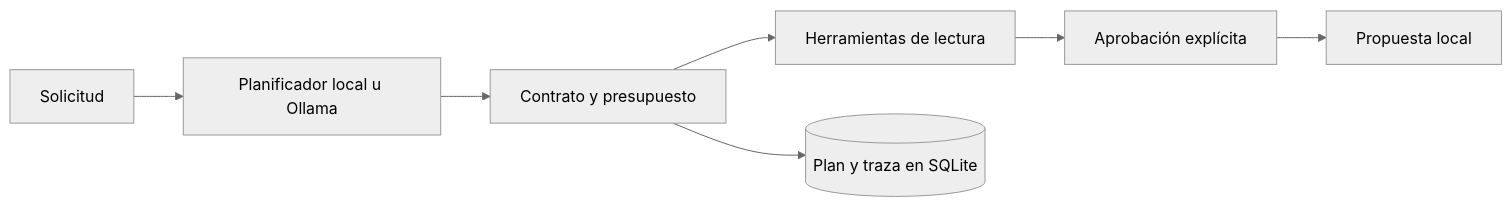
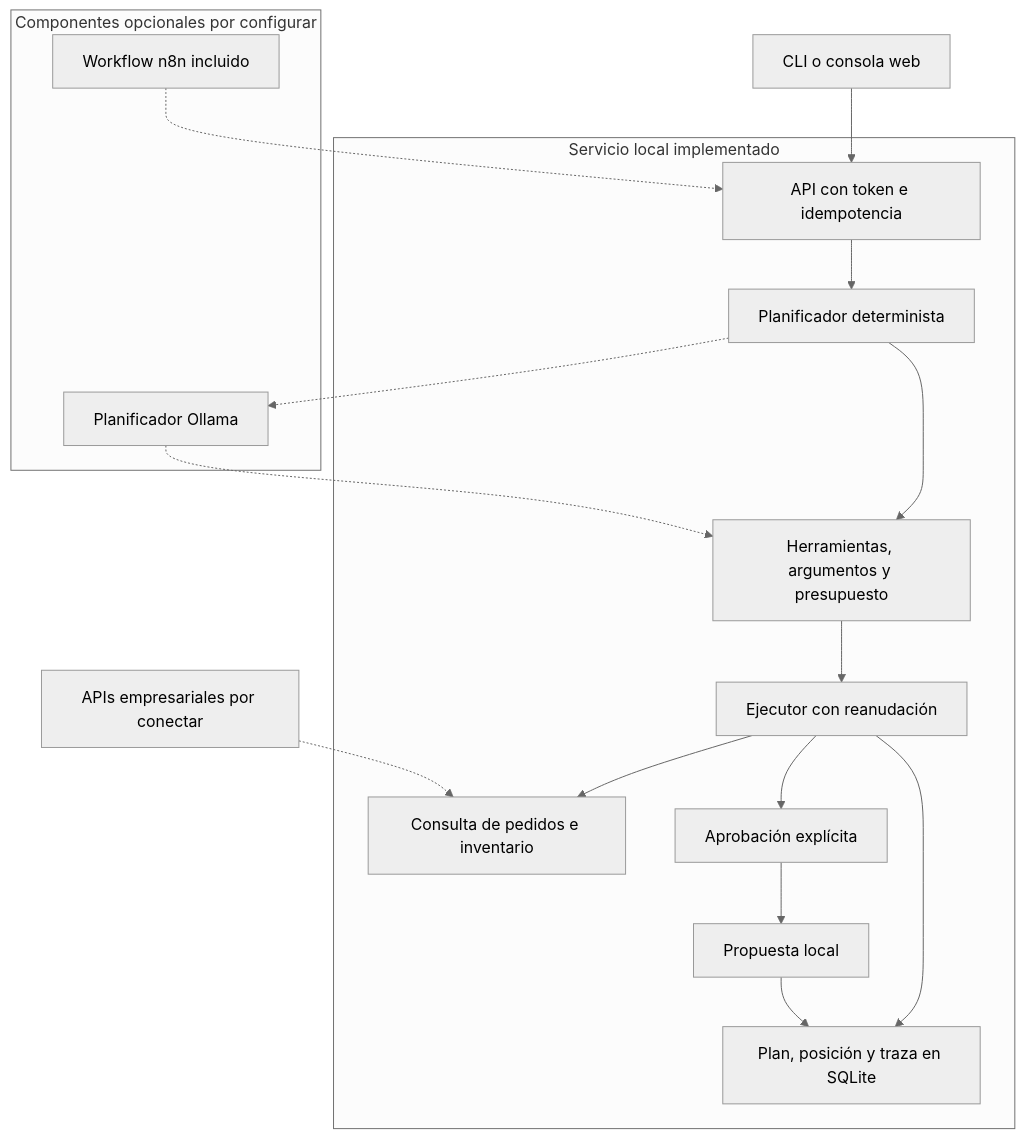
The diagram in docs/architecture.md (jorgefprietol/workflow-agent), drawn with Mermaid (neutral theme) before and after one commit. The commit also changed other lines of this file and 10 other files, not shown here.

Commit message:
Document architecture and workflows with validated SVG exports

````diff
--- a/docs/architecture.md
+++ b/docs/architecture.md
@@ -3,9 +13,22 @@
 ```mermaid
-flowchart LR
-  Request[Solicitud] --> Planner[Planificador local u Ollama]
-  Planner --> Policy[Contrato y presupuesto]
-  Policy --> Reads[Herramientas de lectura]
-  Reads --> Approval[Aprobación explícita]
-  Approval --> Draft[Propuesta local]
-  Policy --> State[(Plan y traza en SQLite)]
+flowchart TB
+    Client["CLI o consola web"] --> API["API con token e idempotencia"]
+    subgraph Local["Servicio local implementado"]
+        API --> Planner["Planificador determinista"]
+        Planner --> Contract["Herramientas, argumentos y presupuesto"]
+        Contract --> Executor["Ejecutor con reanudación"]
+        Executor --> Reads["Consulta de pedidos e inventario"]
+        Executor --> Approval["Aprobación explícita"]
+        Approval --> Draft["Propuesta local"]
+        Executor --> DB["Plan, posición y traza en SQLite"]
+        Draft --> DB
+    end
+    subgraph Optional["Componentes opcionales por configurar"]
+        N8N["Workflow n8n incluido"]
+        Model["Planificador Ollama"]
+    end
+    N8N -.-> API
+    Planner -.-> Model
+    Model -.-> Contract
+    External["APIs empresariales por conectar"] -.-> Reads
 ```
````
